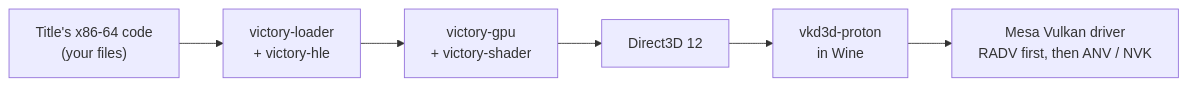
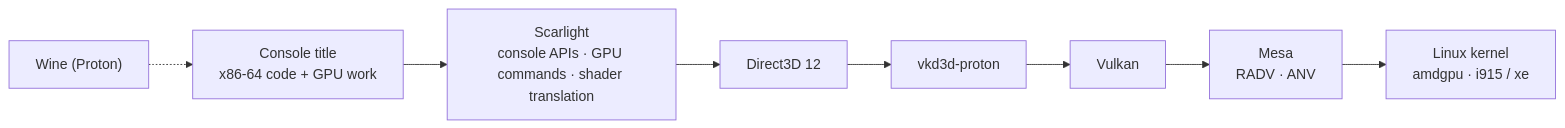
One commit to oguska/Scarlight changed the diagram in README.md. Above: the diagram before and after it, drawn with Mermaid. The commit also changed other lines of this file and 12 other files, not shown here.

First line of the commit message:
docs: README as the Mesa-first translation layer, one credits file, no internal logs

````diff
--- a/README.md
+++ b/README.md
@@ -32,6 +165,6 @@
 ```mermaid
 flowchart LR
-    A["Title's x86-64 code<br/>(your files)"] --> B["victory-loader<br/>+ victory-hle"]
-    B --> C["victory-gpu<br/>+ victory-shader"]
-    C --> D["Direct3D 12"] --> E["vkd3d-proton<br/>in Wine"] --> F["Mesa Vulkan driver<br/>RADV first, then ANV / NVK"]
+    A["Console title<br/>x86-64 code + GPU work"] --> B["Scarlight<br/>console APIs · GPU commands · shader translation"]
+    B --> C["Direct3D 12"] --> D["vkd3d-proton"] --> E["Vulkan"] --> F["Mesa<br/>RADV · ANV"] --> G["Linux kernel<br/>amdgpu · i915 / xe"]
+    W["Wine (Proton)"] -.-> A
 ```
````
